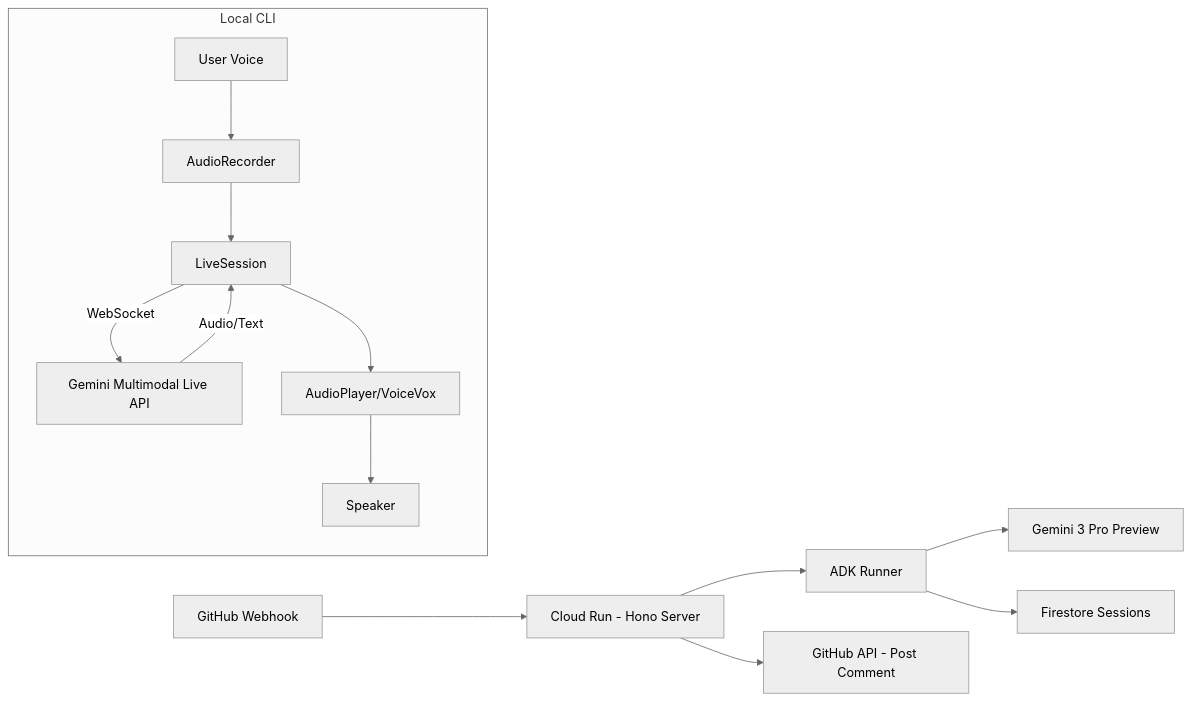
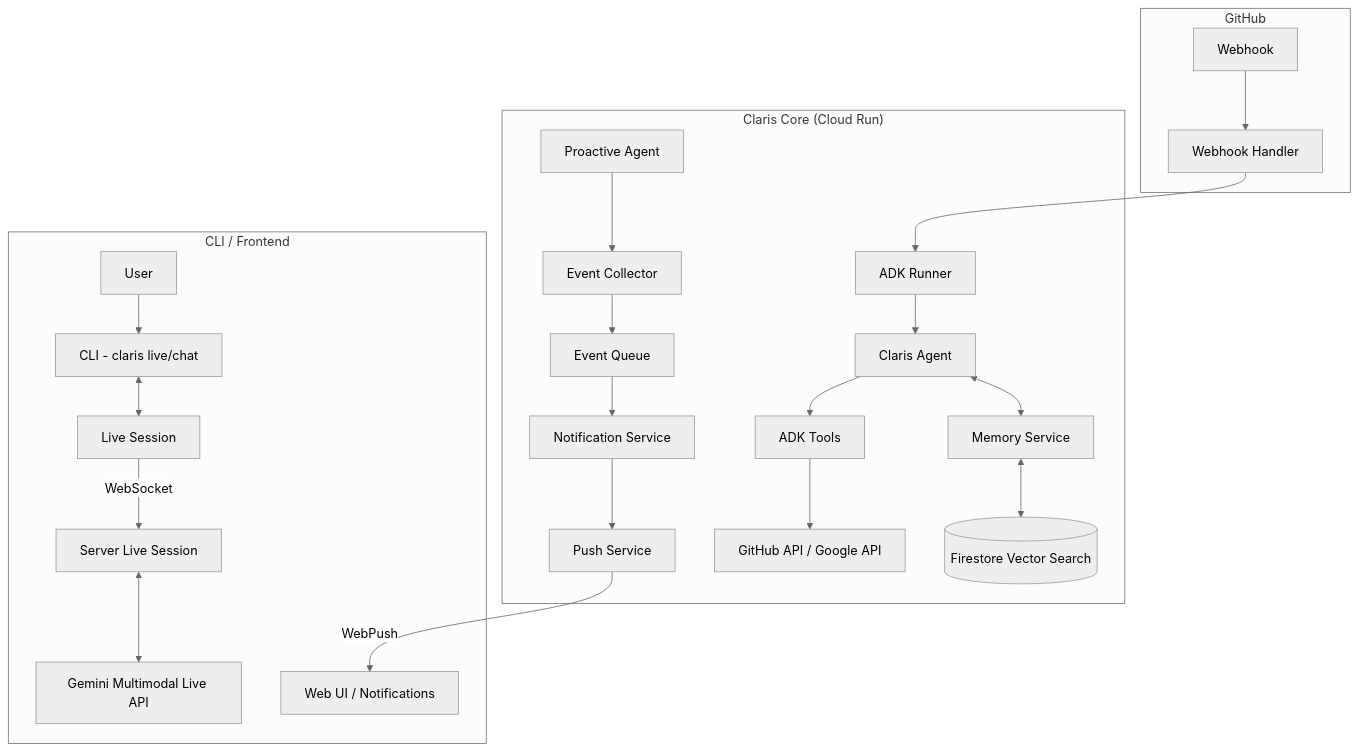
The diagram in docs/PROJECT_OVERVIEW.md (blacpans/claris), drawn with Mermaid (neutral theme) before and after one commit. The commit also changed other lines of this file and 4 other files, not shown here.

````diff
--- a/docs/PROJECT_OVERVIEW.md
+++ b/docs/PROJECT_OVERVIEW.md
@@ -24,17 +24,29 @@
 ```mermaid
-graph LR
-    A[GitHub Webhook] --> B[Cloud Run - Hono Server]
-    B --> C[ADK Runner]
-    C --> D[Gemini 3 Pro Preview]
-    C --> E[Firestore Sessions]
-    B --> F[GitHub API - Post Comment]
-    
-    subgraph CLI[Local CLI]
-        G[User Voice] --> H[AudioRecorder]
-        H --> I[LiveSession]
-        I --WebSocket--> J[Gemini Multimodal Live API]
-        J --Audio/Text--> I
-        I --> K[AudioPlayer/VoiceVox]
-        K --> L[Speaker]
+graph TD
+    subgraph GitHub
+        W[Webhook] --> WH[Webhook Handler]
+    end
+
+    subgraph "Claris Core (Cloud Run)"
+        WH --> R[ADK Runner]
+        R --> A[Claris Agent]
+        A --> T[ADK Tools]
+        T --> G[GitHub API / Google API]
+        
+        PA[Proactive Agent] --> EC[Event Collector]
+        EC --> EQ[Event Queue]
+        EQ --> NS[Notification Service]
+        NS --> PS[Push Service]
+        
+        MS[Memory Service] <--> FS[(Firestore Vector Search)]
+        A <--> MS
+    end
+
+    subgraph "CLI / Frontend"
+        U[User] --> CLI[CLI - claris live/chat]
+        CLI <--> LS[Live Session]
+        LS --WebSocket--> SL[Server Live Session]
+        SL <--> LAPI[Gemini Multimodal Live API]
+        PS --WebPush--> PWA[Web UI / Notifications]
     end
 ```
````
